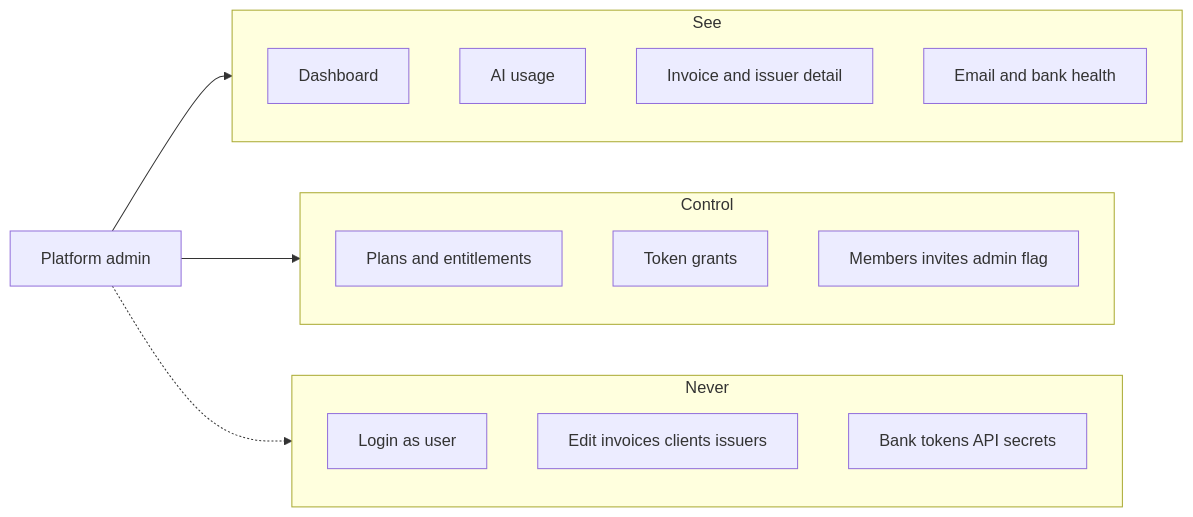
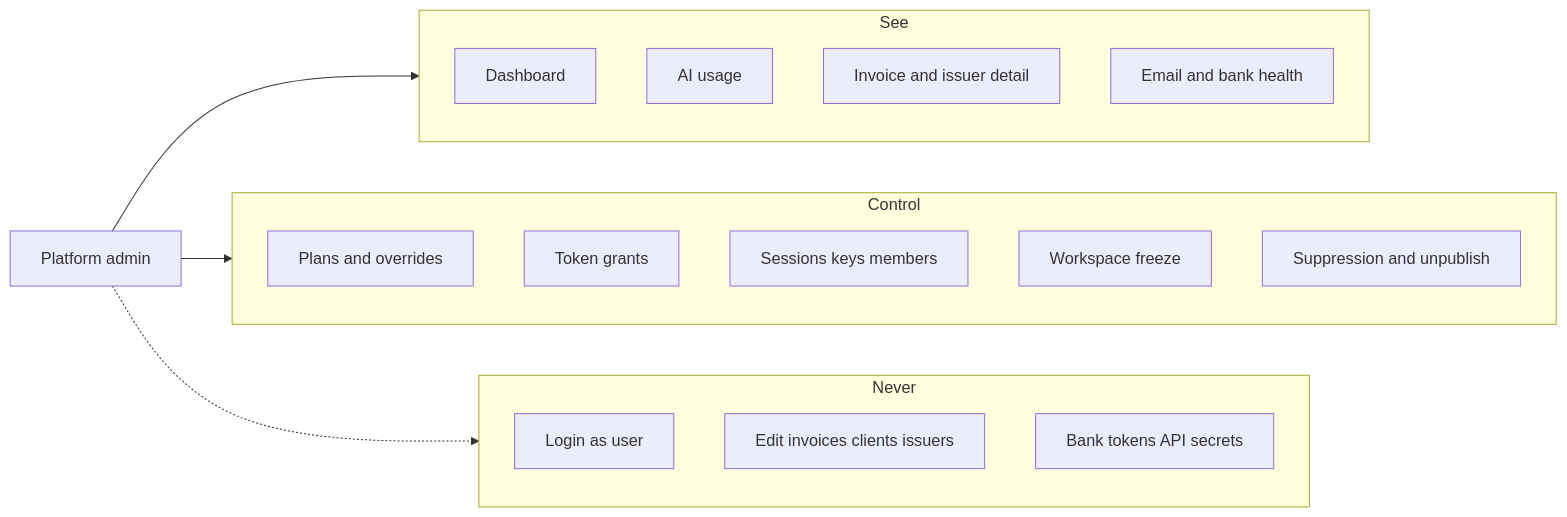
One commit to filipditrich/inveoiceyai changed the diagram in docs/specs/platform-admin.md. Above: the diagram before and after it, drawn with Mermaid. The commit also changed other lines of this file and 65 other files, not shown here.

````diff
--- a/docs/specs/platform-admin.md
+++ b/docs/specs/platform-admin.md
@@ -15,22 +17,24 @@
 ```mermaid
 flowchart LR
   subgraph see [See]
     Dash[Dashboard]
     AI[AI usage]
     Inv[Invoice and issuer detail]
     Health[Email and bank health]
   end
   subgraph control [Control]
-    Plans[Plans and entitlements]
+    Plans[Plans and overrides]
     Tokens[Token grants]
-    Access[Members invites admin flag]
+    Access[Sessions keys members]
+    Freeze[Workspace freeze]
+    Lift[Suppression and unpublish]
   end
   subgraph never [Never]
     Impersonate[Login as user]
     Books[Edit invoices clients issuers]
     Secrets[Bank tokens API secrets]
   end
   Admin[Platform admin] --> see
   Admin --> control
   Admin -.-> never
 ```
````
